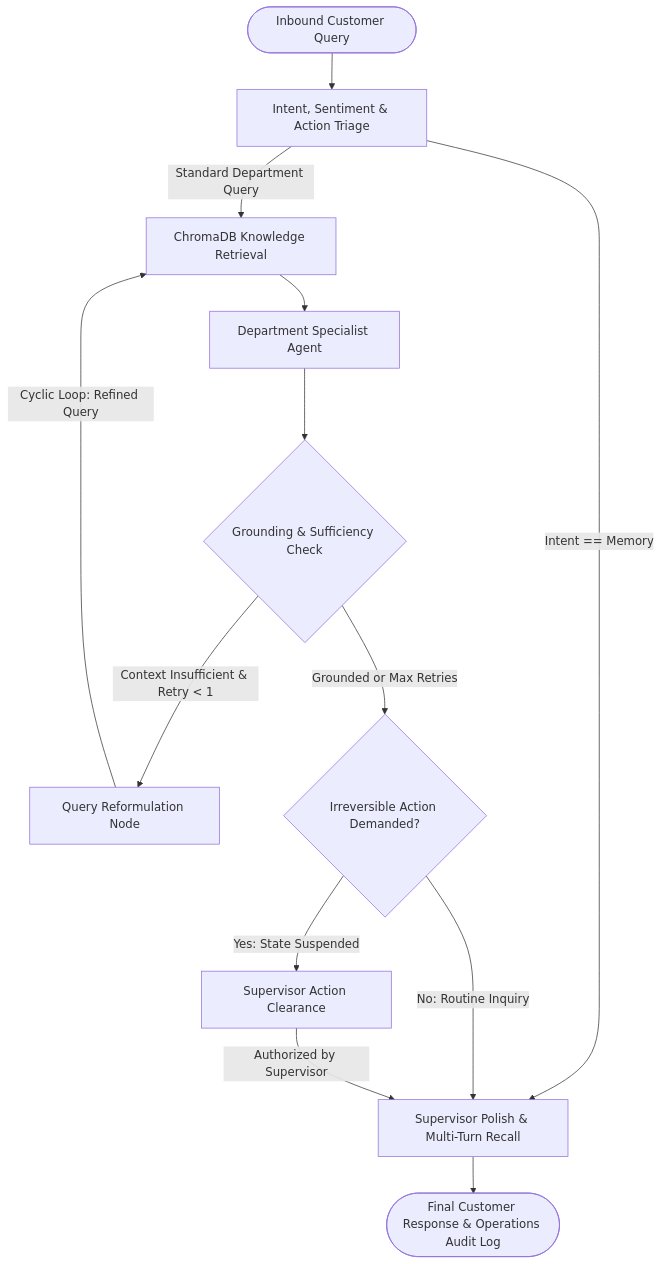
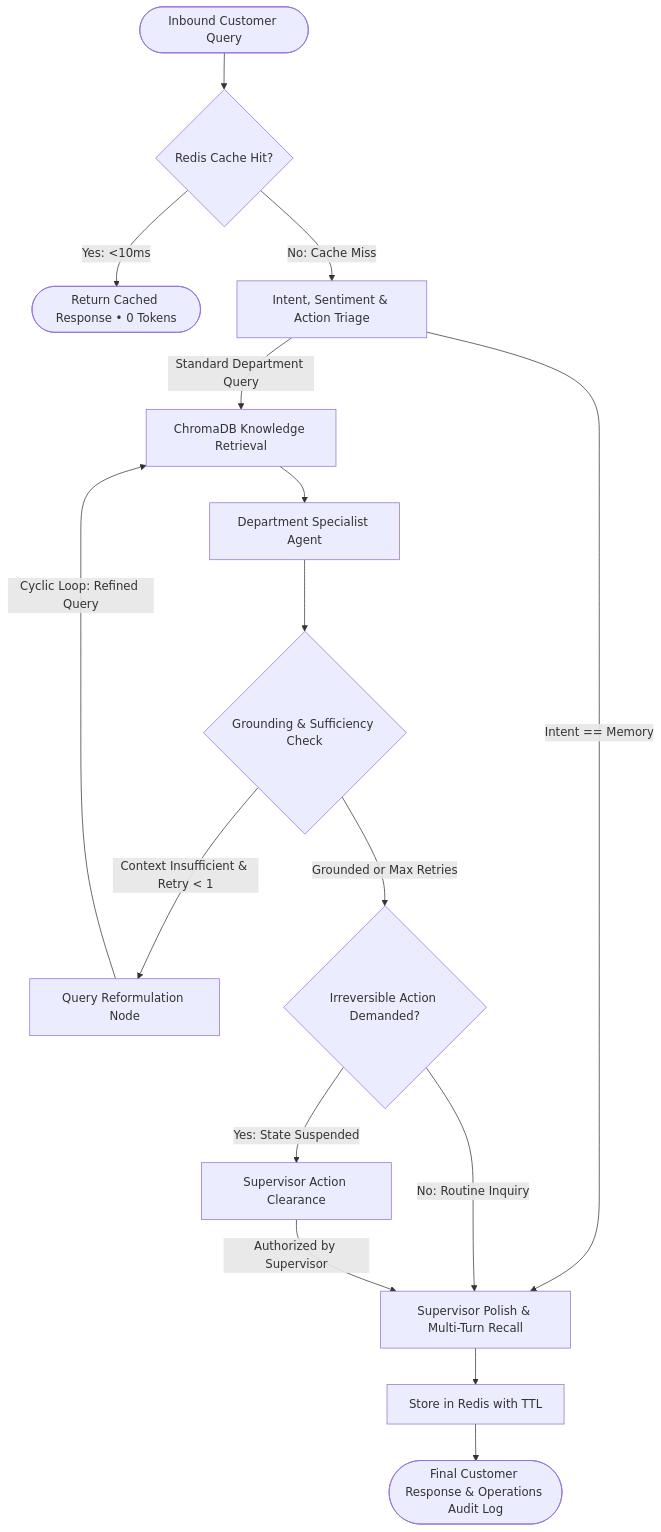
Before and after one commit to samyashwanth7/AI-Powered-Customer-Support-Automation-System: the diagram in README.md, drawn with Mermaid. The commit also changed other lines of this file and 3 other files, not shown here.

Commit message:
feat: implement Redis Cache-Aside layer with automatic in-memory fallback

````diff
--- a/README.md
+++ b/README.md
@@ -18,21 +19,24 @@
 ```mermaid
 flowchart TD
-    START([Inbound Customer Query]) --> CLASSIFIER[Intent, Sentiment & Action Triage]
+    START([Inbound Customer Query]) --> CACHE{Redis Cache Hit?}
+    CACHE -->|Yes: <10ms| CACHE_HIT([Return Cached Response • 0 Tokens])
+    CACHE -->|No: Cache Miss| CLASSIFIER[Intent, Sentiment & Action Triage]
     
     CLASSIFIER -->|Intent == Memory| SUPERVISOR[Supervisor Polish & Multi-Turn Recall]
     CLASSIFIER -->|Standard Department Query| RAG[ChromaDB Knowledge Retrieval]
     
     RAG --> DEPT[Department Specialist Agent]
     
     DEPT --> EVAL_GROUND{Grounding & Sufficiency Check}
     EVAL_GROUND -->|Context Insufficient & Retry < 1| REWRITE[Query Reformulation Node]
     REWRITE -->|Cyclic Loop: Refined Query| RAG
     
     EVAL_GROUND -->|Grounded or Max Retries| CHECK_HITL{Irreversible Action Demanded?}
     
     CHECK_HITL -->|Yes: State Suspended| HITL_INTERRUPT[Supervisor Action Clearance]
     CHECK_HITL -->|No: Routine Inquiry| SUPERVISOR
     
     HITL_INTERRUPT -->|Authorized by Supervisor| SUPERVISOR
-    SUPERVISOR --> END([Final Customer Response & Operations Audit Log])
+    SUPERVISOR --> SAVE_CACHE[Store in Redis with TTL]
+    SAVE_CACHE --> END([Final Customer Response & Operations Audit Log])
 ```
````
